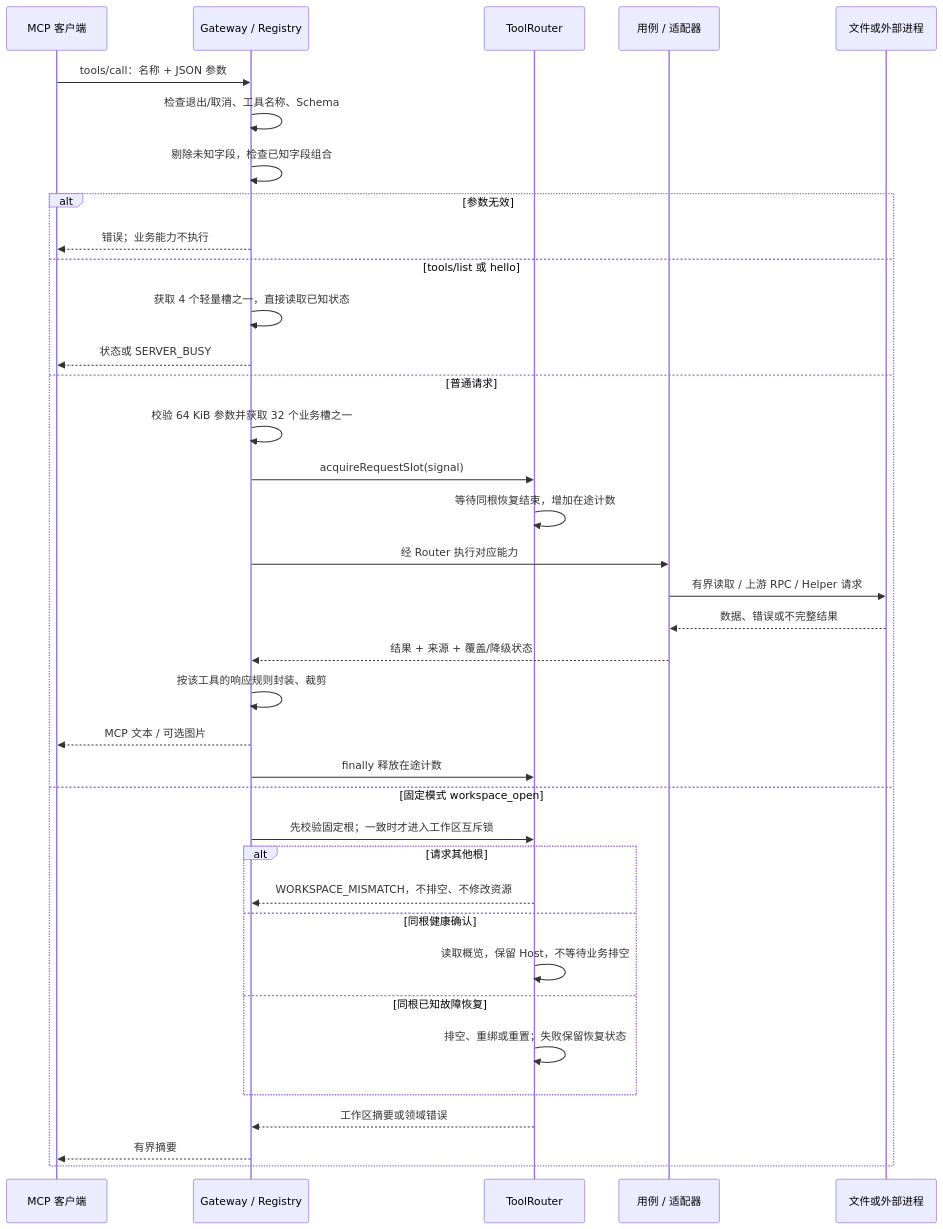
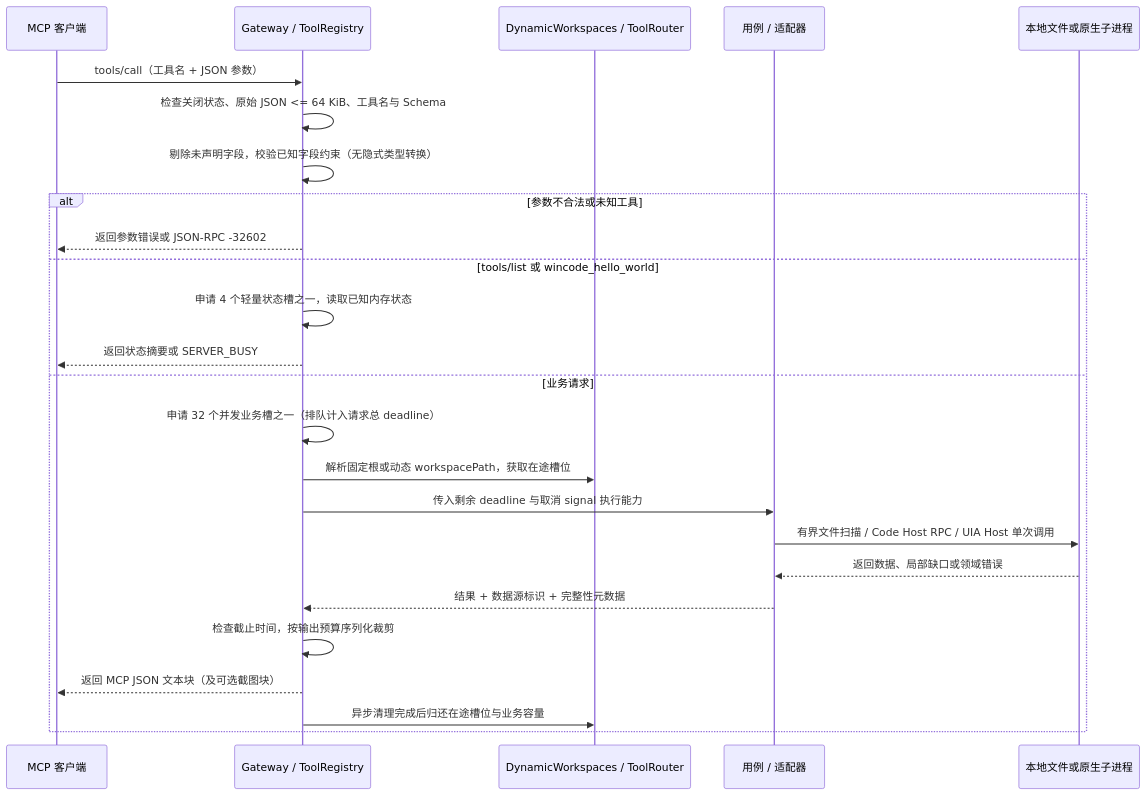
Before and after one commit to linnnn89/WinCode: the second of 4 diagrams in WinCode-架构与数据流说明.md, drawn with Mermaid. The commit also changed other lines of this file and 13 other files, not shown here.

````diff
--- a/WinCode-架构与数据流说明.md
+++ b/WinCode-架构与数据流说明.md
@@ -66,39 +62,27 @@
 ```mermaid
 sequenceDiagram
   participant A as MCP 客户端
-  participant G as Gateway / Registry
-  participant R as ToolRouter
+  participant G as Gateway / ToolRegistry
+  participant R as DynamicWorkspaces / ToolRouter
   participant U as 用例 / 适配器
-  participant E as 文件或外部进程
-  A->>G: tools/call：名称 + JSON 参数
-  G->>G: 检查退出/取消、工具名称、Schema
-  G->>G: 剔除未知字段，检查已知字段组合
-  alt 参数无效
-    G-->>A: 错误；业务能力不执行
-  else tools/list 或 hello
-    G->>G: 获取 4 个轻量槽之一，直接读取已知状态
-    G-->>A: 状态或 SERVER_BUSY
-  else 普通请求
-    G->>G: 校验 64 KiB 参数并获取 32 个业务槽之一
-    G->>R: acquireRequestSlot(signal)
-    R->>R: 等待同根恢复结束，增加在途计数
-    G->>U: 经 Router 执行对应能力
-    U->>E: 有界读取 / 上游 RPC / Helper 请求
-    E-->>U: 数据、错误或不完整结果
-    U-->>G: 结果 + 来源 + 覆盖/降级状态
-    G->>G: 按该工具的响应规则封装、裁剪
-    G-->>A: MCP 文本 / 可选图片
-    G->>R: finally 释放在途计数
-  else 固定模式 workspace_open
-    G->>R: 先校验固定根；一致时才进入工作区互斥锁
-    alt 请求其他根
-      R-->>G: WORKSPACE_MISMATCH，不排空、不修改资源
-    else 同根健康确认
-      R->>R: 读取概览，保留 Host，不等待业务排空
-    else 同根已知故障恢复
-      R->>R: 排空、重绑或重置；失败保留恢复状态
-    end
-    R-->>G: 工作区摘要或领域错误
-    G-->>A: 有界摘要
+  participant E as 本地文件或原生子进程
+  A->>G: tools/call（工具名 + JSON 参数）
+  G->>G: 检查关闭状态、原始 JSON <= 64 KiB、工具名与 Schema
+  G->>G: 剔除未声明字段，校验已知字段约束（无隐式类型转换）
+  alt 参数不合法或未知工具
+    G-->>A: 返回参数错误或 JSON-RPC -32602
+  else tools/list 或 wincode_hello_world
+    G->>G: 申请 4 个轻量状态槽之一，读取已知内存状态
+    G-->>A: 返回状态摘要或 SERVER_BUSY
+  else 业务请求
+    G->>G: 申请 32 个并发业务槽之一（排队计入请求总 deadline）
+    G->>R: 解析固定根或动态 workspacePath，获取在途槽位
+    G->>U: 传入剩余 deadline 与取消 signal 执行能力
+    U->>E: 有界文件扫描 / Code Host RPC / UIA Host 单次调用
+    E-->>U: 返回数据、局部缺口或领域错误
+    U-->>G: 结果 + 数据源标识 + 完整性元数据
+    G->>G: 检查截止时间，按输出预算序列化裁剪
+    G-->>A: 返回 MCP JSON 文本块（及可选截图块）
+    G->>R: 异步清理完成后归还在途槽位与业务容量
   end
 ```
````
